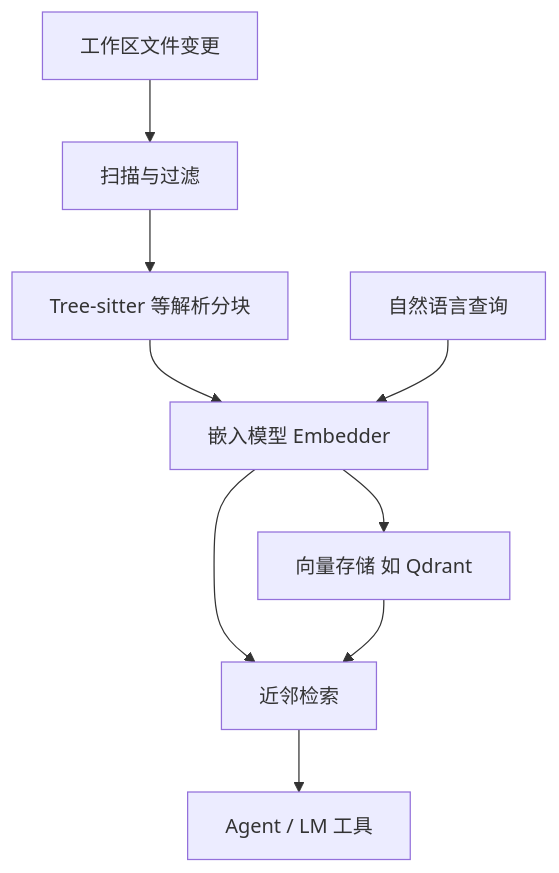
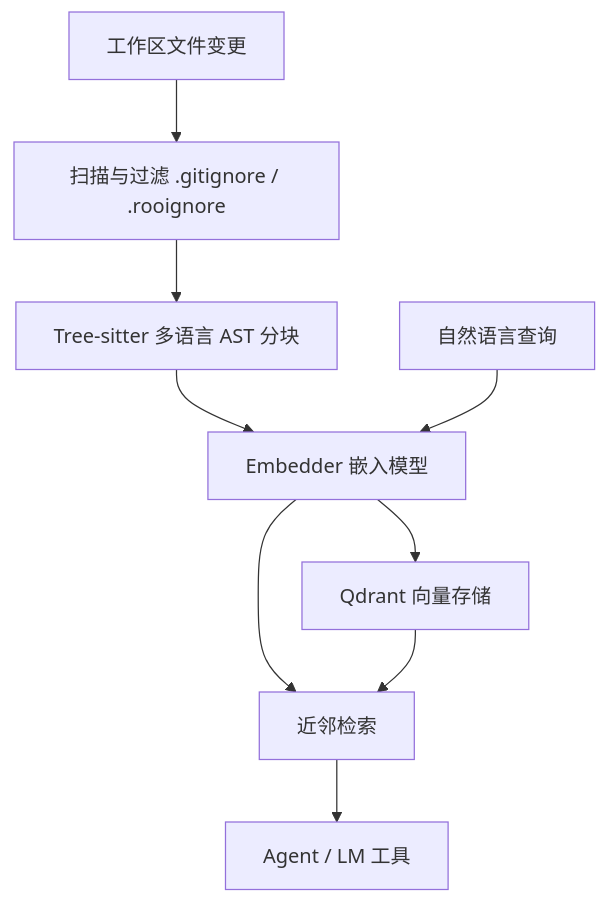
Before and after one commit to JunjieChen0/NJUST: the fourth of 5 diagrams in README.md, drawn with Mermaid. The commit also changed other lines of this file and 402 other files, not shown here.

````diff
--- a/README.md
+++ b/README.md
@@ -132,11 +134,11 @@
 ```mermaid
 flowchart TD
-  A[工作区文件变更] --> B[扫描与过滤]
-  B --> C[Tree-sitter 等解析分块]
-  C --> D[嵌入模型 Embedder]
-  D --> E[向量存储 如 Qdrant]
+  A[工作区文件变更] --> B[扫描与过滤 .gitignore / .rooignore]
+  B --> C[Tree-sitter 多语言 AST 分块]
+  C --> D[Embedder 嵌入模型]
+  D --> E[Qdrant 向量存储]
   F[自然语言查询] --> D
   D --> G[近邻检索]
   E --> G
   G --> H[Agent / LM 工具]
 ```
````
